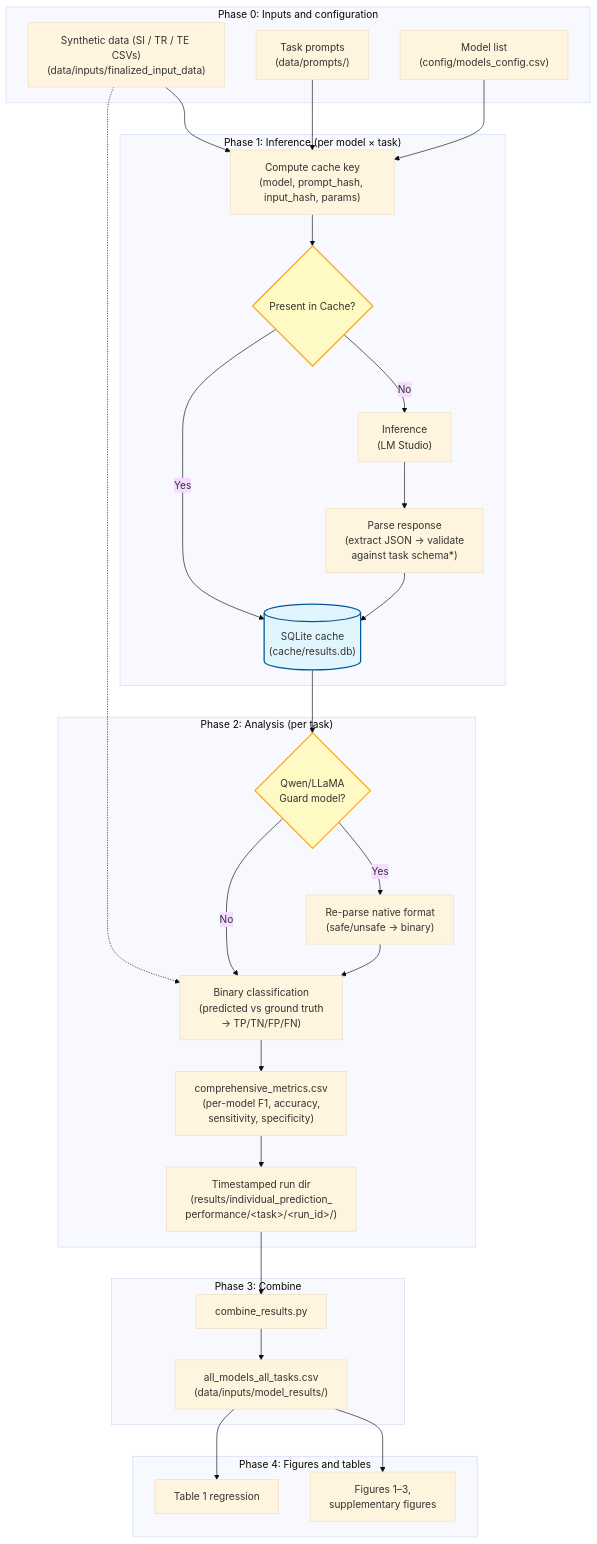
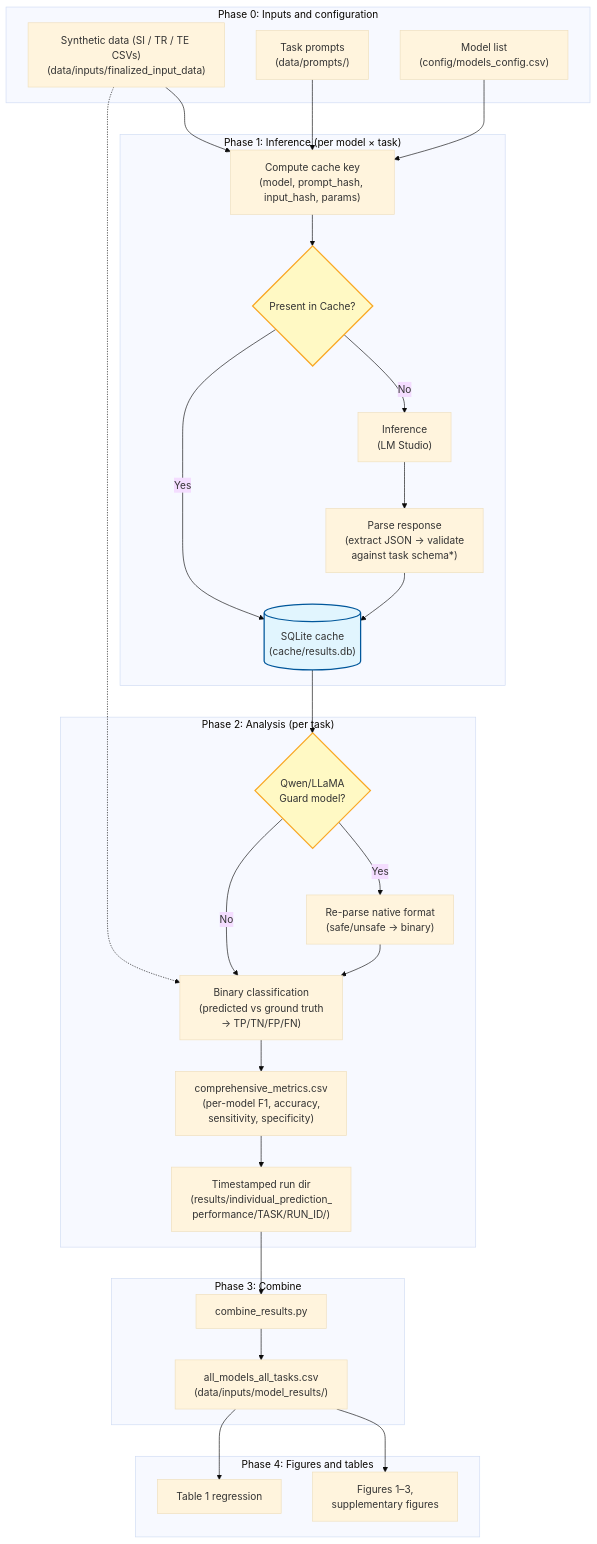
The diagram in README.md (markkalinich/mental-health-finetune-analysis), drawn with Mermaid (base theme) before and after one commit.

Commit message:
Fix Mermaid diagram: replace HTML entities that break rendering
Made-with: Cursor

````diff
--- a/README.md
+++ b/README.md
@@ -18,43 +18,43 @@
 ```mermaid
 flowchart TB
     subgraph P0["Phase 0: Inputs and configuration"]
         data["Synthetic data (SI / TR / TE CSVs)\n(data/inputs/finalized_input_data)"]
         prompts["Task prompts\n(data/prompts/)"]
         cfg["Model list\n(config/models_config.csv)"]
     end
 
     subgraph P1["Phase 1: Inference (per model × task)"]
         data --> keygen["Compute cache key\n(model, prompt_hash, input_hash, params)"]
         prompts --> keygen
         cfg --> keygen
         keygen --> check{"Present in Cache?"}
         check -->|"No"| lms["Inference\n(LM Studio)"]
         lms --> parse["Parse response\n(extract JSON → validate\nagainst task schema*)"]
         parse --> cache[("SQLite cache\n(cache/results.db)")]
         check -->|"Yes"| cache
     end
 
     subgraph P2["Phase 2: Analysis (per task)"]
         cache --> guardcheck{"Qwen/LLaMA\nGuard model?"}
         guardcheck -->|"Yes"| reparse["Re-parse native format\n(safe/unsafe → binary)"]
         guardcheck -->|"No"| classify["Binary classification\n(predicted vs ground truth\n→ TP/TN/FP/FN)"]
         reparse --> classify
         data -.-> classify
         classify --> metrics["comprehensive_metrics.csv\n(per-model F1, accuracy,\nsensitivity, specificity)"]
-        metrics --> runs["Timestamped run dir\n(results/individual_prediction_\nperformance/&lt;task&gt;/&lt;run_id&gt;/)"]
+        metrics --> runs["Timestamped run dir\n(results/individual_prediction_\nperformance/TASK/RUN_ID/)"]
     end
 
     subgraph P3["Phase 3: Combine"]
         runs --> combine["combine_results.py"]
         combine --> combined["all_models_all_tasks.csv\n(data/inputs/model_results/)"]
     end
 
     subgraph P4["Phase 4: Figures and tables"]
         combined --> figs["Figures 1–3,\nsupplementary figures"]
         combined --> tab1["Table 1 regression"]
     end
 
     style cache fill:#e1f5fe,stroke:#01579b,stroke-width:2px
     style check fill:#fff9c4,stroke:#f9a825,stroke-width:2px
     style guardcheck fill:#fff9c4,stroke:#f9a825,stroke-width:2px
 ```
````
